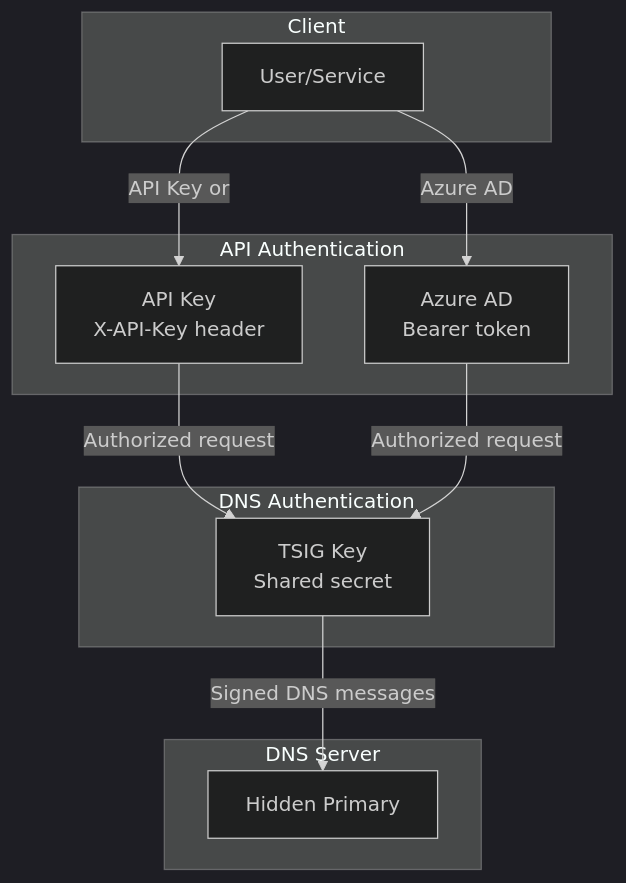
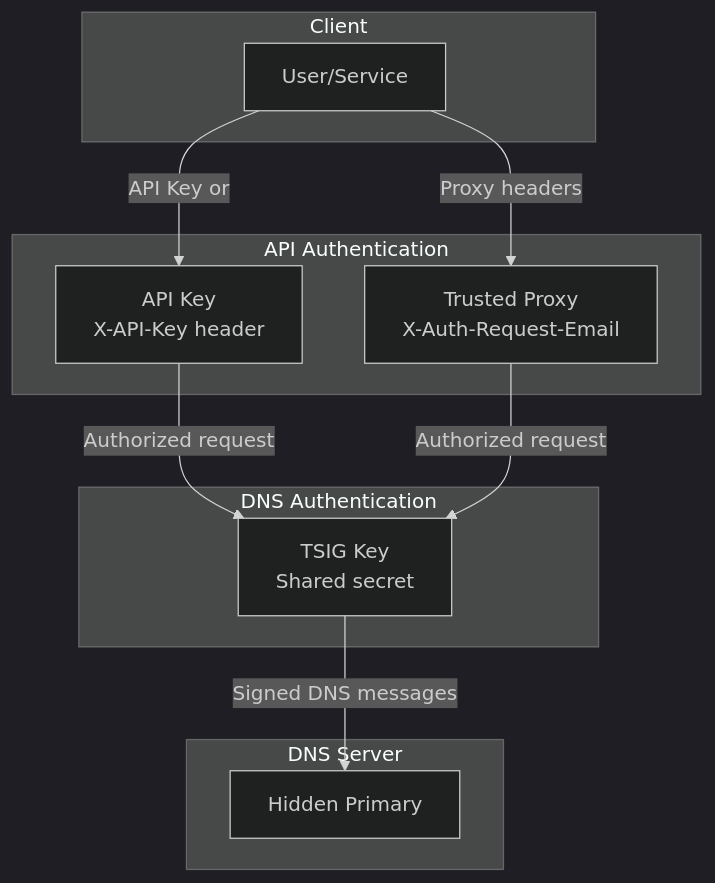
Diagram 15 of 15 in ARCHITECTURE.md (davidgroves/dns-zone-manager), drawn with Mermaid (dark theme) before and after one commit. The commit also changed other lines of this file and 52 other files, not shown here.

Commit message:
Remove Azure Auth, go reverse proxy only

````diff
--- a/ARCHITECTURE.md
+++ b/ARCHITECTURE.md
@@ -566,25 +566,25 @@
 ```mermaid
 flowchart TB
     subgraph "Client"
         U[User/Service]
     end
     
     subgraph "API Authentication"
         AK[API Key<br/>X-API-Key header]
-        AZ[Azure AD<br/>Bearer token]
+        PX[Trusted Proxy<br/>X-Auth-Request-Email]
     end
     
     subgraph "DNS Authentication"
         TSIG[TSIG Key<br/>Shared secret]
     end
     
     subgraph "DNS Server"
         BIND[Hidden Primary]
     end
     
     U -->|API Key or| AK
-    U -->|Azure AD| AZ
+    U -->|Proxy headers| PX
     
-    AK & AZ -->|Authorized request| TSIG
+    AK & PX -->|Authorized request| TSIG
     TSIG -->|Signed DNS messages| BIND
 ```
````
